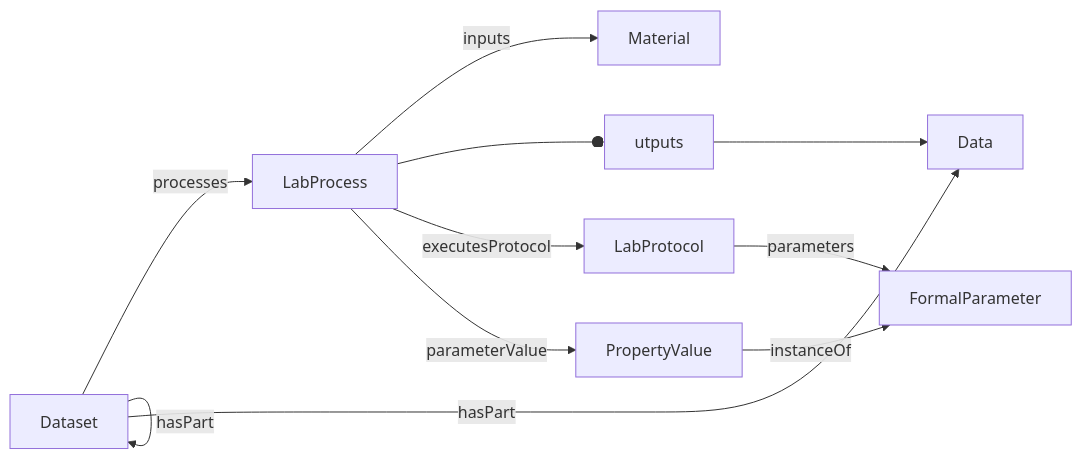
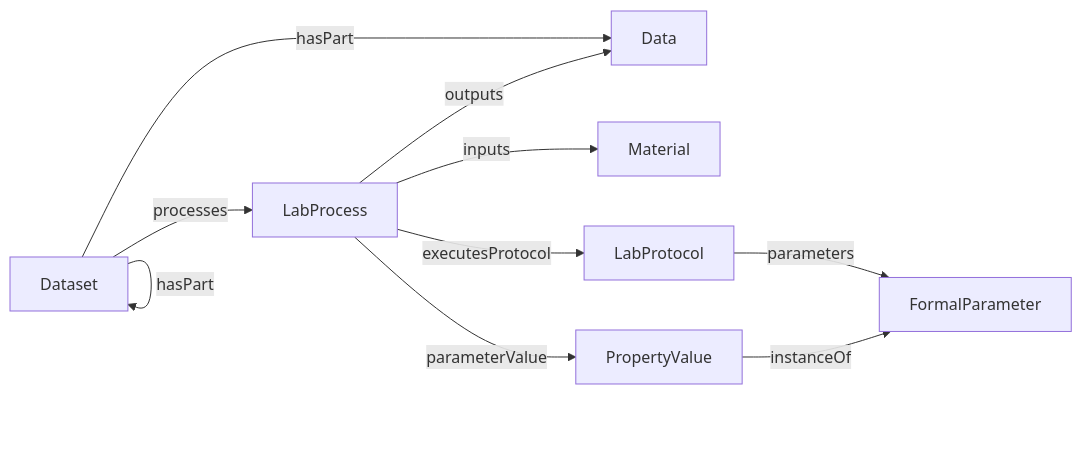
The diagram in docs/spec/core/overview.md (HLWeil/ProcessCore), drawn with Mermaid before and after one commit. The commit also changed 6 other files, not shown here.

````diff
--- a/docs/spec/core/overview.md
+++ b/docs/spec/core/overview.md
@@ -27,12 +27,12 @@
 ```mermaid
 flowchart LR
     Dataset --processes--> LabProcess
     Dataset --hasPart--> Data
     Dataset --hasPart--> Dataset
     LabProcess --inputs--> Material
-    LabProcess --outputs--> Data
+    LabProcess --"outputs"--> Data
     LabProcess --executesProtocol--> LabProtocol
     LabProcess --parameterValue--> PropertyValue
     LabProtocol --parameters--> FormalParameter
     PropertyValue --instanceOf--> FormalParameter
 ```
````
